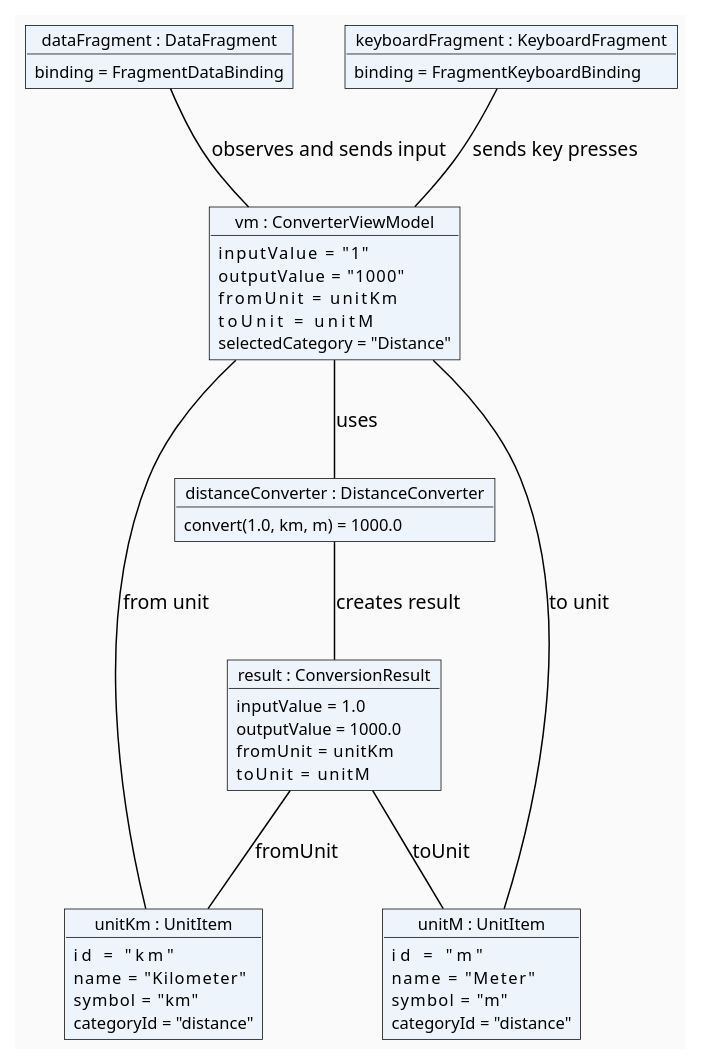
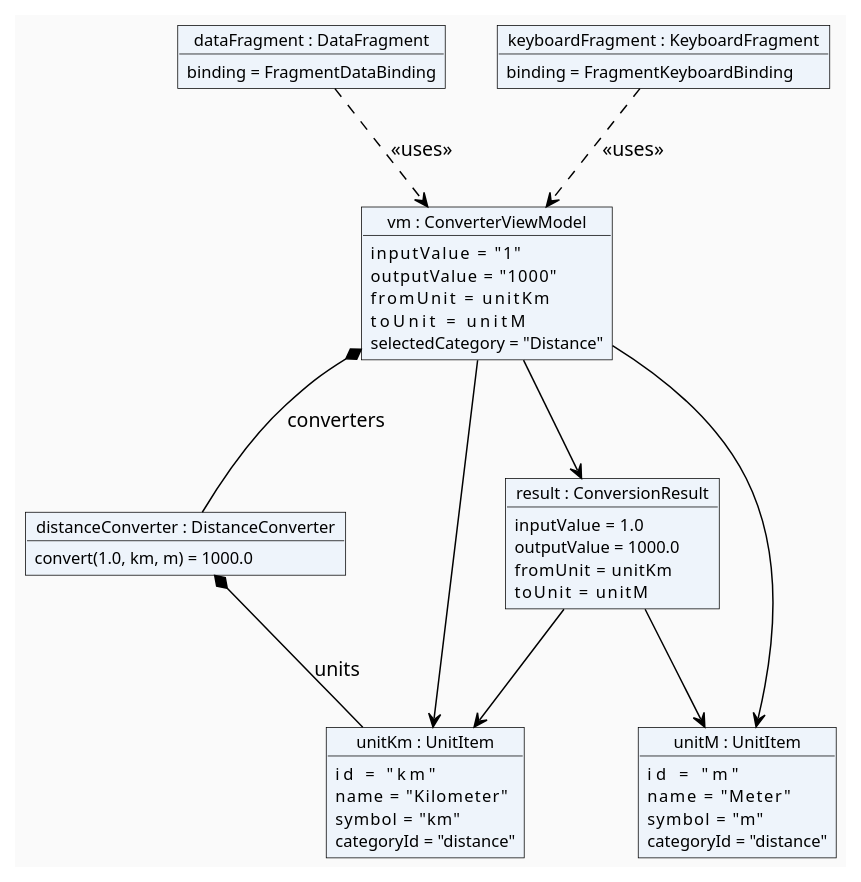
Before and after one commit to Dmitro44/Mobilki: the diagram in LR1/UnitConverter_ObjectDiagram.puml, drawn with PlantUML. The commit also changed 2 other files, not shown here.

Commit message:
LR1: updated object diagram

```diff
--- a/LR1/UnitConverter_ObjectDiagram.puml
+++ b/LR1/UnitConverter_ObjectDiagram.puml
@@ -1,68 +1,80 @@
 @startuml UnitConverter_ObjectDiagram
 
 skinparam backgroundColor #FAFAFA
 skinparam object {
     BackgroundColor #EEF4FB
     BorderColor     #000000
     ArrowColor      #000000
     FontSize        11
     Shadowing       false
     RoundCorner     0
 }
 
 ' UI
 object "dataFragment : DataFragment" as df {
     binding = FragmentDataBinding
 }
 
 object "keyboardFragment : KeyboardFragment" as kf {
     binding = FragmentKeyboardBinding
 }
 
 ' ViewModel
 object "vm : ConverterViewModel" as vm {
     inputValue       = "1"
     outputValue      = "1000"
     fromUnit         = unitKm
     toUnit           = unitM
     selectedCategory = "Distance"
 }
 
 ' Converter
 object "distanceConverter : DistanceConverter" as conv {
     convert(1.0, km, m) = 1000.0
 }
 
 ' Model
 object "result : ConversionResult" as result {
     inputValue  = 1.0
     outputValue = 1000.0
     fromUnit    = unitKm
     toUnit      = unitM
 }
 
 object "unitKm : UnitItem" as unitKm {
     id        = "km"
     name      = "Kilometer"
     symbol    = "km"
     categoryId = "distance"
 }
 
 object "unitM : UnitItem" as unitM {
     id        = "m"
     name      = "Meter"
     symbol    = "m"
     categoryId = "distance"
 }
 
 ' Relationships
-df -- vm : "observes and sends input"
-kf -- vm : "sends key presses"
-vm -- conv : "uses"
-vm -- unitKm : "from unit"
-vm -- unitM : "to unit"
-conv -- result : "creates result"
-result -- unitKm : "fromUnit"
-result -- unitM : "toUnit"
+' Fragments use ViewModel through Android's shared ViewModel pattern (Dependency)
+df ..> vm : <<uses>>
+kf ..> vm : <<uses>>
+
+' ViewModel owns converter instances (Composition - lifecycle bound)
+vm *-- conv : converters
+
+' ViewModel references UnitItems from converters (Association - references only)
+vm --> unitKm
+vm --> unitM
+
+' ViewModel creates and references ConversionResult (Association)
+vm --> result
+
+' Converter creates UnitItem instances it owns (Composition)
+conv *-- unitKm : units
+
+' ConversionResult references UnitItems (Association - immutable references)
+result --> unitKm
+result --> unitM
 
 @enduml
```
